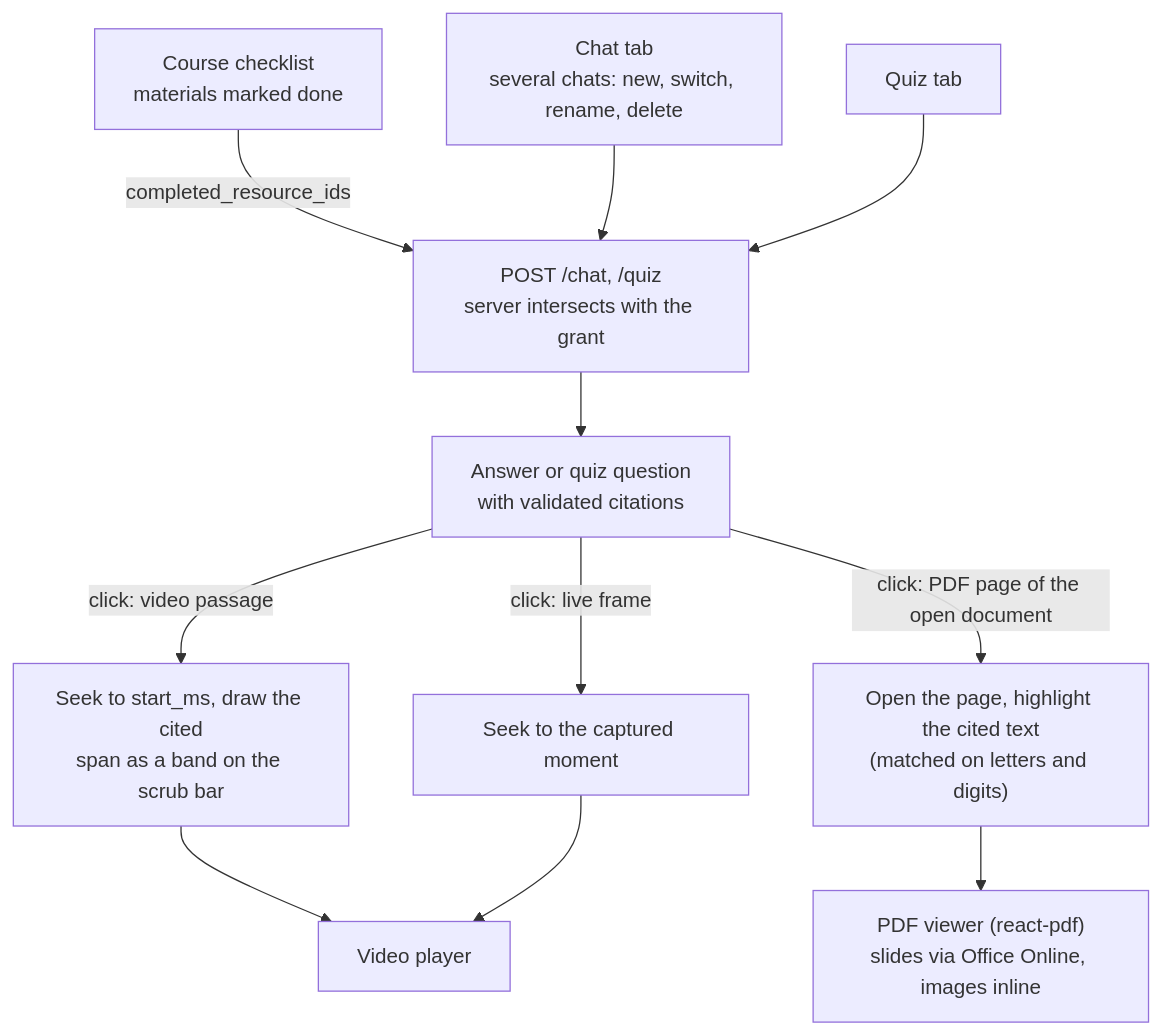
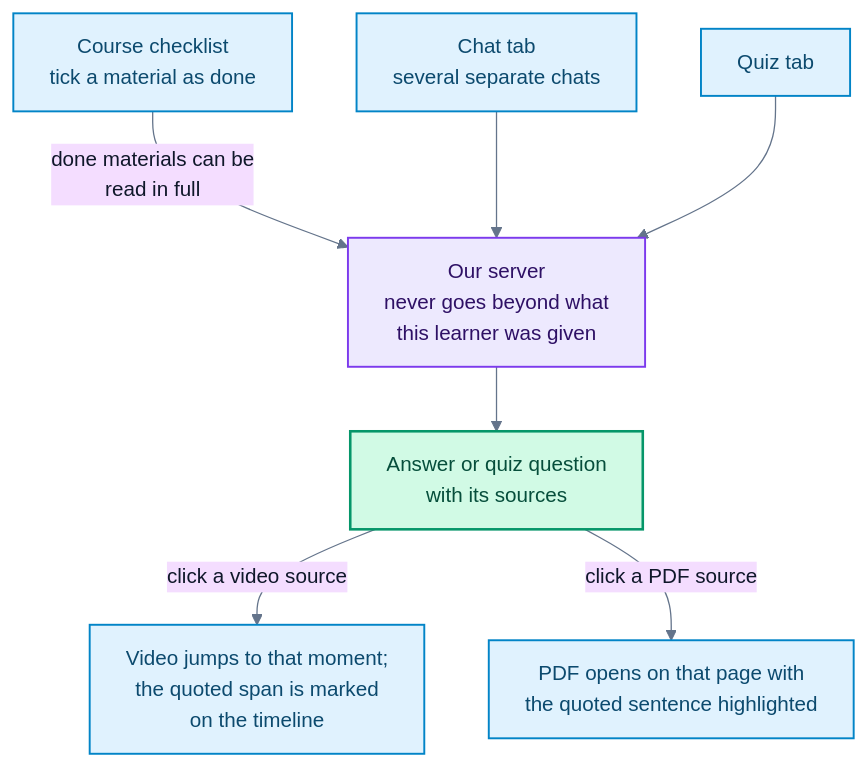
Before and after one commit to Nanu69-batman/ailearn: the eighth of 9 diagrams in submission/ARCHITECTURE.md, drawn with Mermaid. The commit also changed other lines of this file and 23 other files, not shown here.

First line of the commit message:
docs(submission): plain-language diagrams, Developer view, current numbers

````diff
--- a/submission/ARCHITECTURE.md
+++ b/submission/ARCHITECTURE.md
@@ -308,16 +383,21 @@
 ```mermaid
+%%{init: {"theme": "base", "fontFamily": "Arial, Helvetica, sans-serif", "themeVariables": {"fontSize": "16px", "fontFamily": "Arial, Helvetica, sans-serif", "lineColor": "#64748b", "primaryTextColor": "#0f172a"}, "flowchart": {"curve": "basis", "padding": 14, "wrappingWidth": 340}}}%%
 flowchart TD
-  CL["Course checklist<br/>materials marked done"]
-  CH["Chat tab<br/>several chats: new, switch, rename, delete"]
-  QZ["Quiz tab"]
-  CL -->|"completed_resource_ids"| API["POST /chat, /quiz<br/>server intersects with the grant"]
+  CL["Course checklist<br/>tick a material as done"]:::person
+  CH["Chat tab<br/>several separate chats"]:::person
+  QZ["Quiz tab"]:::person
+  CL -->|"done materials can be<br/>read in full"| API["Our server<br/>never goes beyond what<br/>this learner was given"]:::server
   CH --> API
   QZ --> API
-  API --> CIT["Answer or quiz question<br/>with validated citations"]
-  CIT -->|"click: video passage"| SEEK["Seek to start_ms, draw the cited<br/>span as a band on the scrub bar"]
-  CIT -->|"click: live frame"| LIVE["Seek to the captured moment"]
-  CIT -->|"click: PDF page of the open document"| HL["Open the page, highlight the cited text<br/>(matched on letters and digits)"]
-  SEEK --> V["Video player"]
-  LIVE --> V
-  HL --> DOCV["PDF viewer (react-pdf)<br/>slides via Office Online, images inline"]
+  API --> CIT["Answer or quiz question<br/>with its sources"]:::good
+  CIT -->|"click a video source"| SEEK["Video jumps to that moment;<br/>the quoted span is marked<br/>on the timeline"]:::person
+  CIT -->|"click a PDF source"| HL["PDF opens on that page with<br/>the quoted sentence highlighted"]:::person
+
+  classDef person fill:#e0f2fe,stroke:#0284c7,color:#0c4a6e,stroke-width:1.5px
+  classDef server fill:#ede9fe,stroke:#7c3aed,color:#2e1065,stroke-width:1.5px
+  classDef ai fill:#fef3c7,stroke:#d97706,color:#78350f,stroke-width:1.5px
+  classDef store fill:#dcfce7,stroke:#16a34a,color:#14532d,stroke-width:1.5px
+  classDef check fill:#ffffff,stroke:#dc2626,color:#7f1d1d,stroke-width:2px
+  classDef good fill:#d1fae5,stroke:#059669,color:#064e3b,stroke-width:2px
+  classDef stop fill:#fee2e2,stroke:#dc2626,color:#7f1d1d,stroke-width:1.5px
 ```
````
